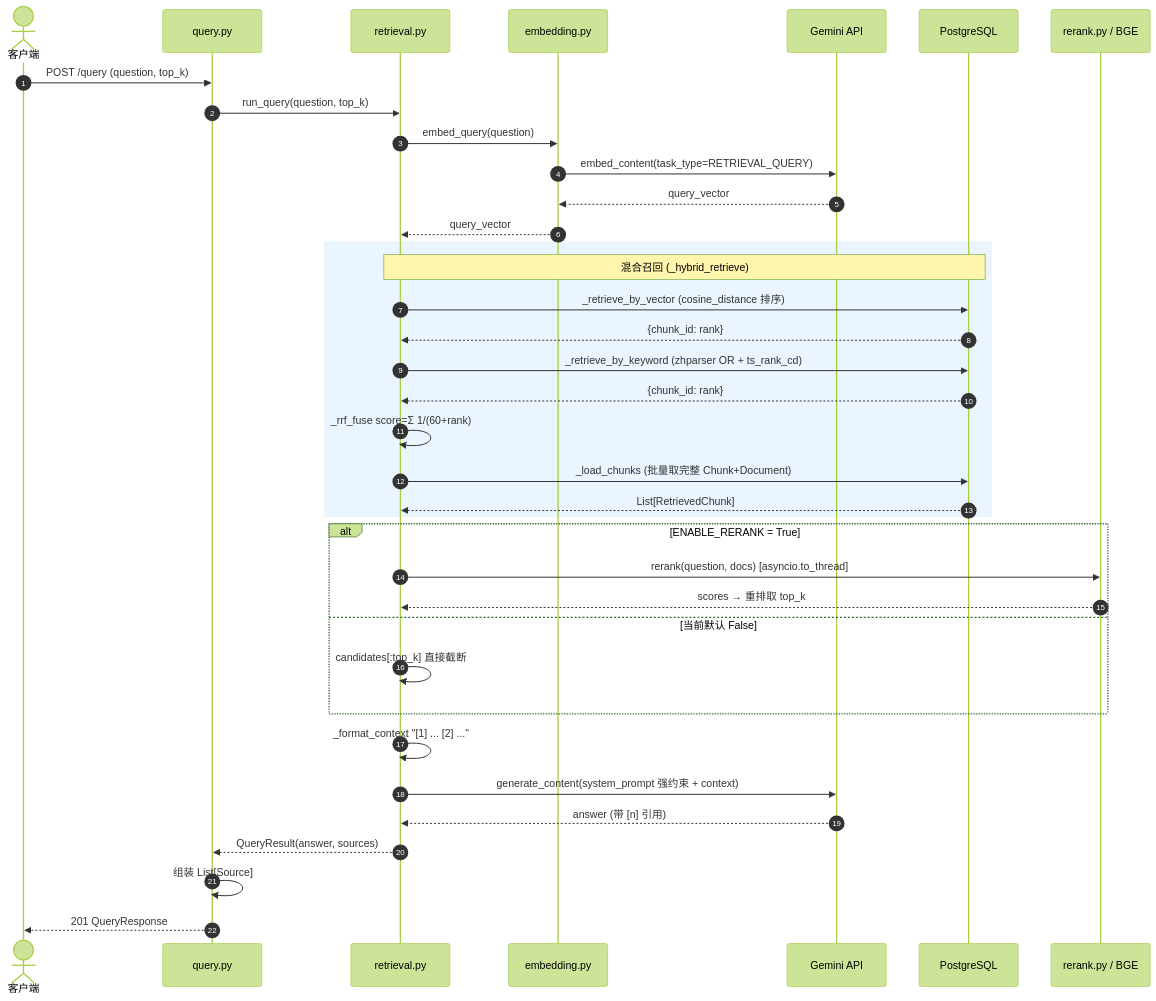
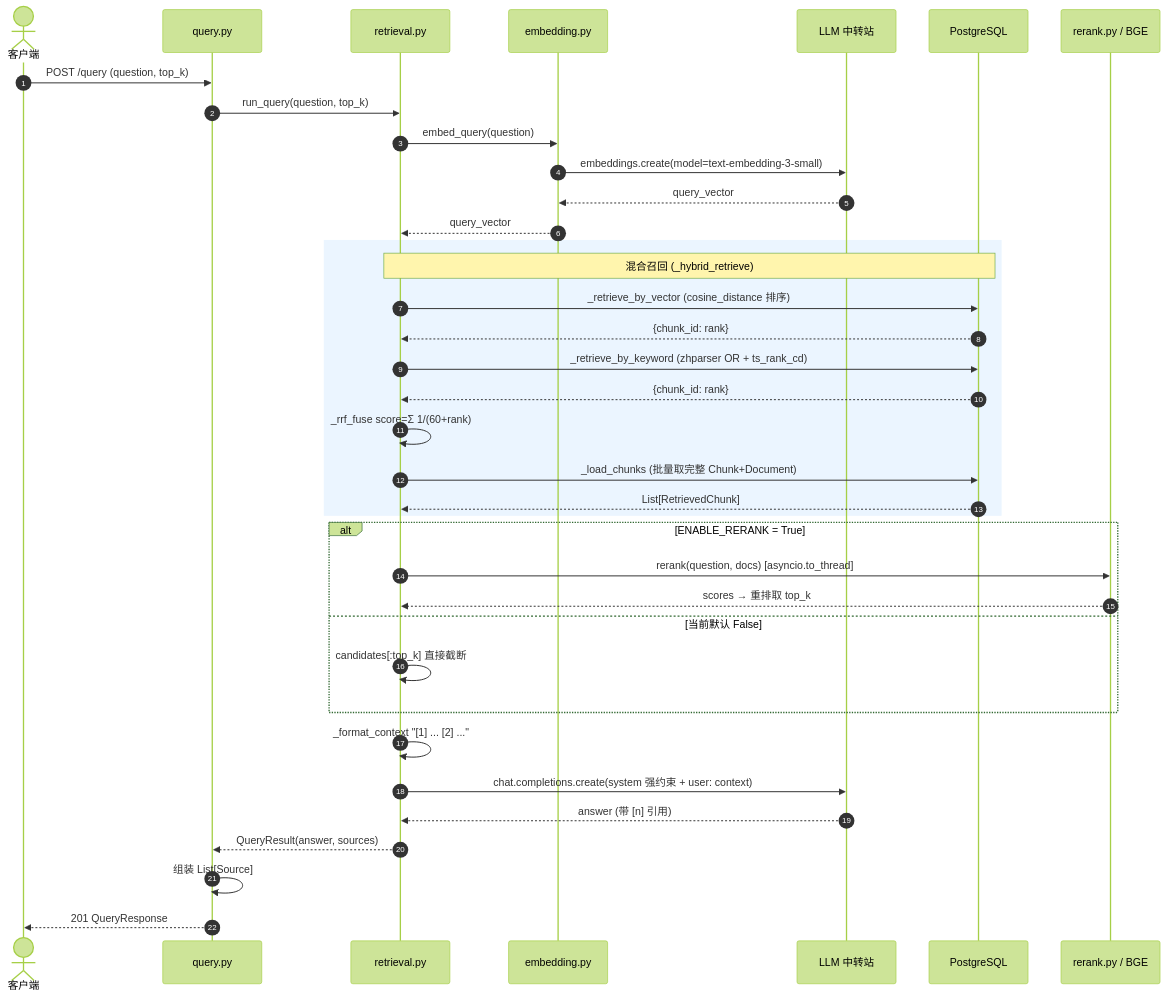
Before and after one commit to BryanLi93/ai-practise: the third of 4 diagrams in 0607-rag-service/docs/ARCHITECTURE.md, drawn with Mermaid (forest theme). The commit also changed other lines of this file and 14 other files, not shown here.

````diff
--- a/0607-rag-service/docs/ARCHITECTURE.md
+++ b/0607-rag-service/docs/ARCHITECTURE.md
@@ -97,44 +97,44 @@
 ```mermaid
 sequenceDiagram
     autonumber
     actor U as 客户端
     participant R as query.py
     participant S as retrieval.py
     participant E as embedding.py
-    participant G as Gemini API
+    participant G as LLM 中转站
     participant DB as PostgreSQL
     participant K as rerank.py / BGE
 
     U->>R: POST /query (question, top_k)
     R->>S: run_query(question, top_k)
 
     S->>E: embed_query(question)
-    E->>G: embed_content(task_type=RETRIEVAL_QUERY)
+    E->>G: embeddings.create(model=text-embedding-3-small)
     G-->>E: query_vector
     E-->>S: query_vector
 
     rect rgb(235,245,255)
         Note over S,DB: 混合召回 (_hybrid_retrieve)
         S->>DB: _retrieve_by_vector (cosine_distance 排序)
         DB-->>S: {chunk_id: rank}
         S->>DB: _retrieve_by_keyword (zhparser OR + ts_rank_cd)
         DB-->>S: {chunk_id: rank}
         S->>S: _rrf_fuse  score=Σ 1/(60+rank)
         S->>DB: _load_chunks (批量取完整 Chunk+Document)
         DB-->>S: List[RetrievedChunk]
     end
 
     alt ENABLE_RERANK = True
         S->>K: rerank(question, docs)  [asyncio.to_thread]
         K-->>S: scores → 重排取 top_k
     else 当前默认 False
         S->>S: candidates[:top_k] 直接截断
     end
 
     S->>S: _format_context  "[1] ... [2] ..."
-    S->>G: generate_content(system_prompt 强约束 + context)
+    S->>G: chat.completions.create(system 强约束 + user: context)
     G-->>S: answer (带 [n] 引用)
     S-->>R: QueryResult(answer, sources)
     R->>R: 组装 List[Source]
     R-->>U: 201 QueryResponse
 ```
````
